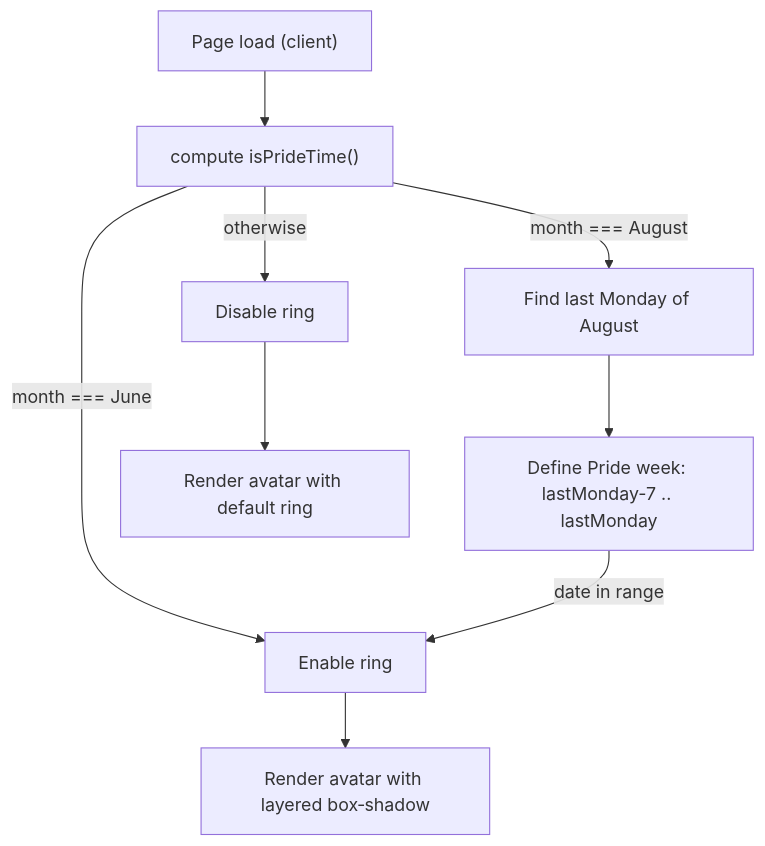
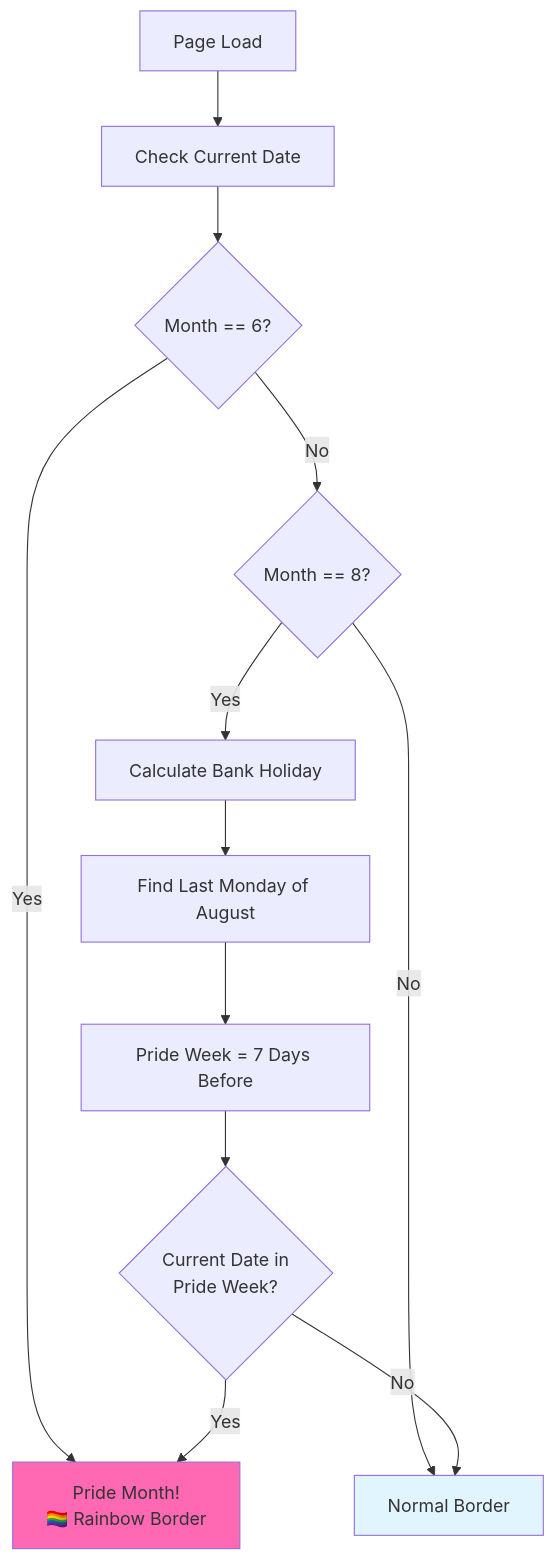
One commit to sainsw/ainsworth.dev changed the diagram in content/seasonal-avatar-borders.mdx. Above: the diagram before and after it, drawn with Mermaid. The commit also changed other lines of this file, not shown here.

Commit message:
Enhance mermaid diagram in seasonal avatar borders documentation for better visual clarity and understanding of logic flow

````diff
--- a/content/seasonal-avatar-borders.mdx
+++ b/content/seasonal-avatar-borders.mdx
@@ -13,11 +13,19 @@
 ```mermaid
 flowchart TD
-  A["Page load (client)"] --> B["compute isPrideTime()"]
-  B -->|month === June| C["Enable ring"]
-  B -->|month === August| D["Find last Monday of August"]
-  D --> E["Define Pride week: lastMonday-7 .. lastMonday"]
-  E -->|date in range| C
-  B -->|otherwise| F["Disable ring"]
-  C --> G["Render avatar with layered box‑shadow"]
-  F --> H["Render avatar with default ring"]
+    A[Page Load] --> B[Check Current Date]
+    B --> C{Month == 6?}
+    C -->|Yes| D["Pride Month!
+    🏳️‍🌈 Rainbow Border"]
+    C -->|No| E{Month == 8?}
+    E -->|No| F[Normal Border]
+    E -->|Yes| G[Calculate Bank Holiday]
+    G --> H[Find Last Monday of August]
+    H --> I[Pride Week = 7 Days Before]
+    I --> J{"Current Date in
+    Pride Week?"}
+    J -->|Yes| D
+    J -->|No| F
+    
+    style D fill:#ff69b4
+    style F fill:#e1f5fe
 ```
````
